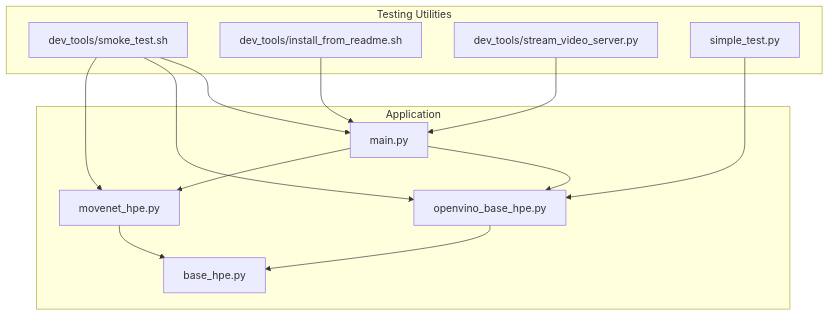
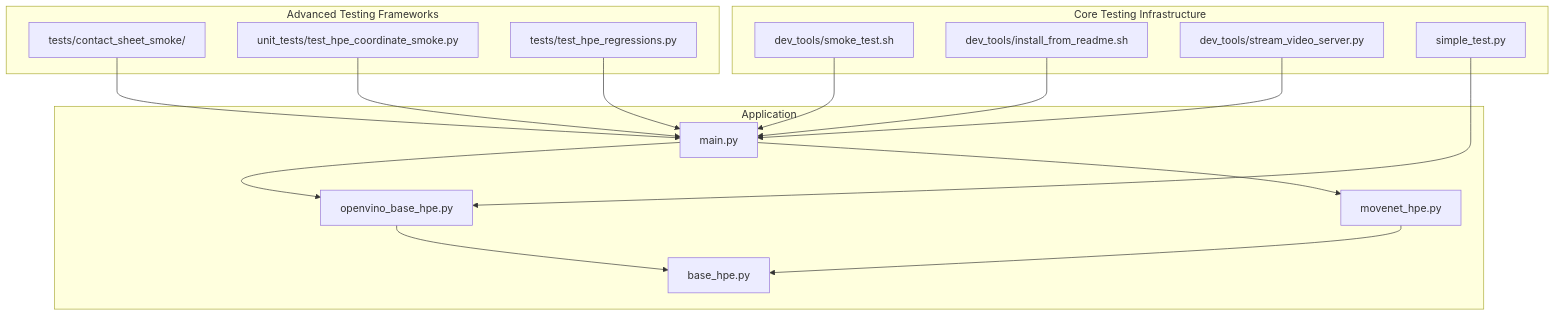
The first of 5 diagrams in .qoder/repowiki/en/content/Development Tools/Testing and Validation.md (Fogus-Gr/MeasurementsDTs), drawn with Mermaid before and after one commit. The commit also changed other lines of this file and 10 other files, not shown here.

````diff
--- a/.qoder/repowiki/en/content/Development Tools/Testing and Validation.md
+++ b/.qoder/repowiki/en/content/Development Tools/Testing and Validation.md
@@ -44,25 +56,31 @@
 ```mermaid
 graph TB
-subgraph "Testing Utilities"
+subgraph "Core Testing Infrastructure"
 ST["dev_tools/smoke_test.sh"]
 INS["dev_tools/install_from_readme.sh"]
 SVS["dev_tools/stream_video_server.py"]
 SIM["simple_test.py"]
+end
+subgraph "Advanced Testing Frameworks"
+CSS["tests/contact_sheet_smoke/"]
+CTS["unit_tests/test_hpe_coordinate_smoke.py"]
+RT["tests/test_hpe_regressions.py"]
 end
 subgraph "Application"
 MAIN["main.py"]
 BASE["base_hpe.py"]
 OVB["openvino_base_hpe.py"]
 MN["movenet_hpe.py"]
 end
+CSS --> MAIN
+CTS --> MAIN
+RT --> MAIN
 ST --> MAIN
-ST --> OVB
-ST --> MN
 INS --> MAIN
 SVS --> MAIN
 SIM --> OVB
 MAIN --> OVB
 MAIN --> MN
 OVB --> BASE
 MN --> BASE
 ```
````
